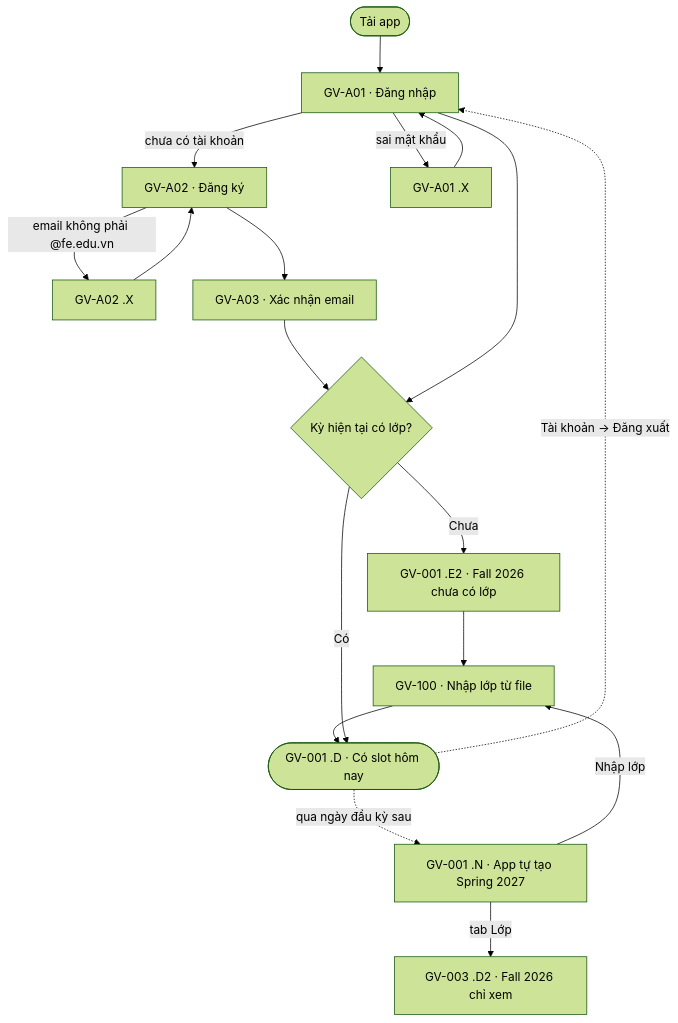
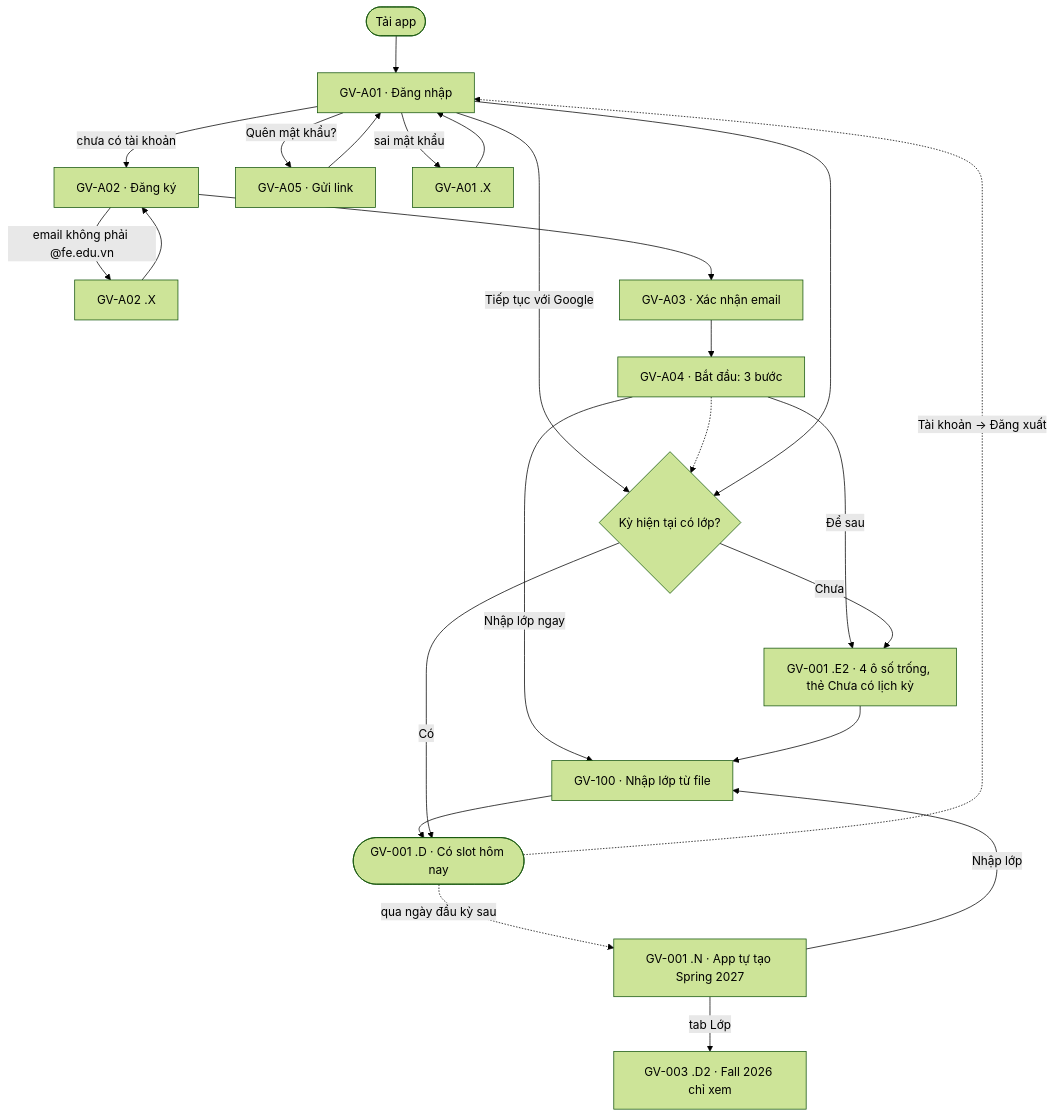
The second of 6 diagrams in ux/user-flow.md (thiengthb/prm323-lab2-SE190533), drawn with Mermaid (forest theme) before and after one commit. The commit also changed other lines of this file and 6 other files, not shown here.

First line of the commit message:
UX vòng đời: Google, bước đệm sau đăng ký, Tổng quan kỳ chưa có lớp, quên mật khẩu; prototype dựng lại (D-20..D-23)

````diff
--- a/ux/user-flow.md
+++ b/ux/user-flow.md
@@ -87,18 +92,23 @@
 ```mermaid
 flowchart TD
     A(["Tải app"]) --> B["GV-A01 · Đăng nhập"]
     B -->|"chưa có tài khoản"| C["GV-A02 · Đăng ký"]
     C -->|"email không phải @fe.edu.vn"| CX["GV-A02 .X"] --> C
     C --> D["GV-A03 · Xác nhận email"]
+    D --> D4["GV-A04 · Bắt đầu: 3 bước"]
+    D4 -->|"Nhập lớp ngay"| G
+    D4 -->|"Để sau"| F
+    B -->|"Tiếp tục với Google"| E
+    B -->|"Quên mật khẩu?"| R["GV-A05 · Gửi link"] --> B
     B -->|"sai mật khẩu"| BX["GV-A01 .X"] --> B
-    D --> E{"Kỳ hiện tại có lớp?"}
+    D4 -.-> E{"Kỳ hiện tại có lớp?"}
     B --> E
-    E -->|"Chưa"| F["GV-001 .E2 · Fall 2026 chưa có lớp"]
+    E -->|"Chưa"| F["GV-001 .E2 · 4 ô số trống, thẻ Chưa có lịch kỳ"]
     F --> G["GV-100 · Nhập lớp từ file"]
     G --> H(["GV-001 .D · Có slot hôm nay"])
     E -->|"Có"| H
     H -.->|"qua ngày đầu kỳ sau"| N["GV-001 .N · App tự tạo Spring 2027"]
     N -->|"Nhập lớp"| G
     N -->|"tab Lớp"| O["GV-003 .D2 · Fall 2026 chỉ xem"]
     H -.->|"Tài khoản → Đăng xuất"| B
 ```
````
